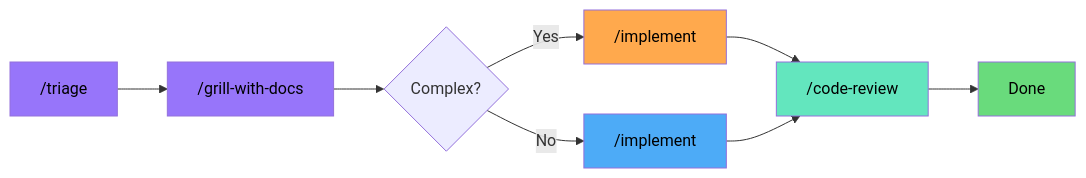
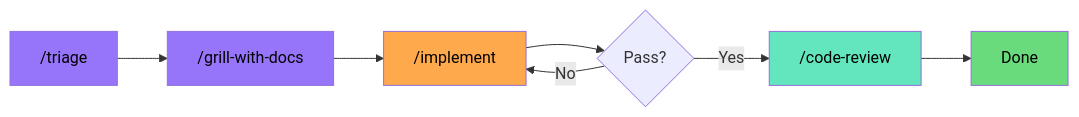
Before and after one commit to elisharkray1030/ai-coding-workflow: the second of 12 diagrams in README.md, drawn with Mermaid. The commit also changed other lines of this file, not shown here.

First line of the commit message:
refactor: Wayfinder depth, triage state machine, routing feedback, Mermaid fixes, collapsible sections

````diff
--- a/README.md
+++ b/README.md
@@ -67,22 +68,20 @@
 ```mermaid
 graph LR
     TR[ /triage] --> IN[ /grill-with-docs]
-    IN --> D{Complex?}
-    D -->|Yes| IC[ /implement]
-    D -->|No| IS[ /implement]
-    IC --> CR[ /code-review]
-    IS --> CR
+    IN --> IM[ /implement]
+    IM --> Q{Pass?}
+    Q -->|Yes| CR[ /code-review]
+    Q -->|No| IM
     CR --> DN[Done]
 
     classDef purple fill:#9775fa,color:#000
     classDef green fill:#69db7c,color:#000
     classDef blue fill:#4dabf7,color:#000
     classDef orange fill:#ffa94d,color:#000
     classDef teal fill:#63e6be,color:#000
 
     class TR,IN purple
-    class IS blue
-    class IC orange
+    class IM orange
     class CR teal
     class DN green
 ```
````
